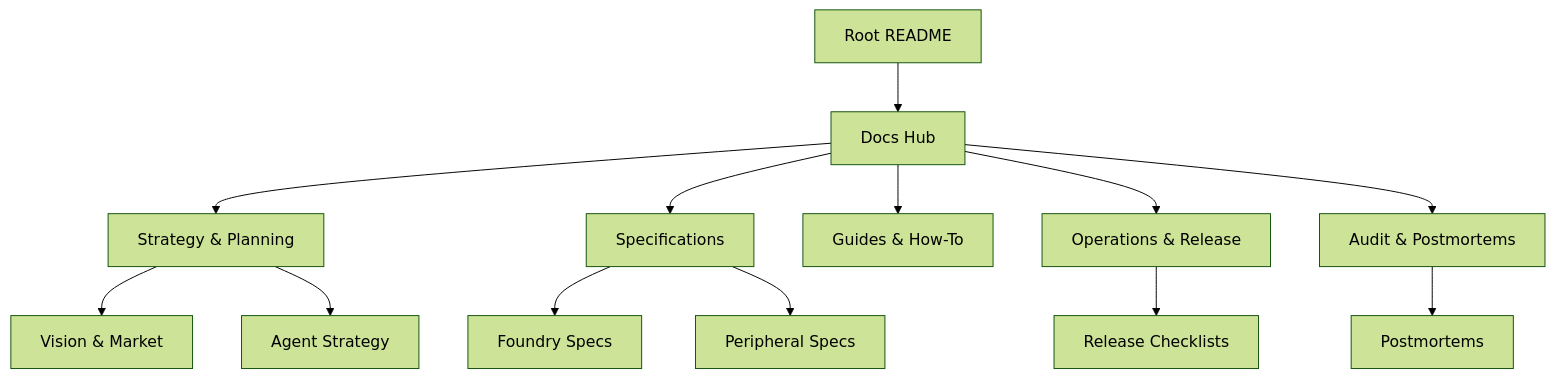
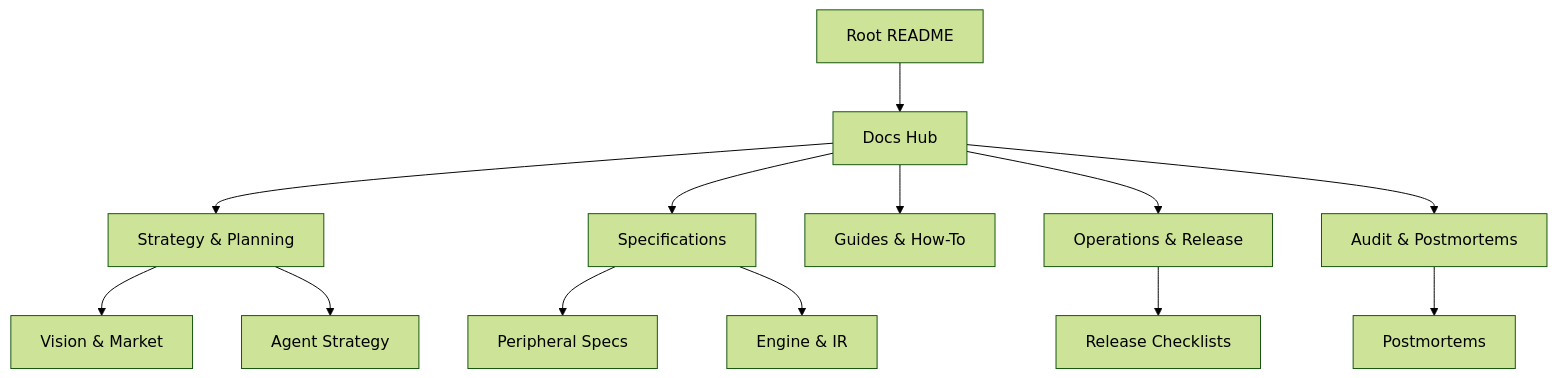
Before and after one commit to w1ne/labwired-core: the diagram in docs/README.md, drawn with Mermaid (forest theme). The commit also changed other lines of this file and 17 other files, not shown here.

````diff
--- a/docs/README.md
+++ b/docs/README.md
@@ -16,16 +16,16 @@
 ```mermaid
 graph TD
     Root[Root README] --> Hub[Docs Hub]
     Hub --> Strategy[Strategy & Planning]
     Hub --> Specs[Specifications]
     Hub --> Guides[Guides & How-To]
     Hub --> Ops[Operations & Release]
     Hub --> Audit[Audit & Postmortems]
 
     Strategy --> Vision[Vision & Market]
     Strategy --> Agent[Agent Strategy]
-    Specs --> Foundry[Foundry Specs]
     Specs --> Peripherals[Peripheral Specs]
+    Specs --> Engine[Engine & IR]
     Ops --> Checklists[Release Checklists]
     Audit --> PM[Postmortems]
 ```
````
